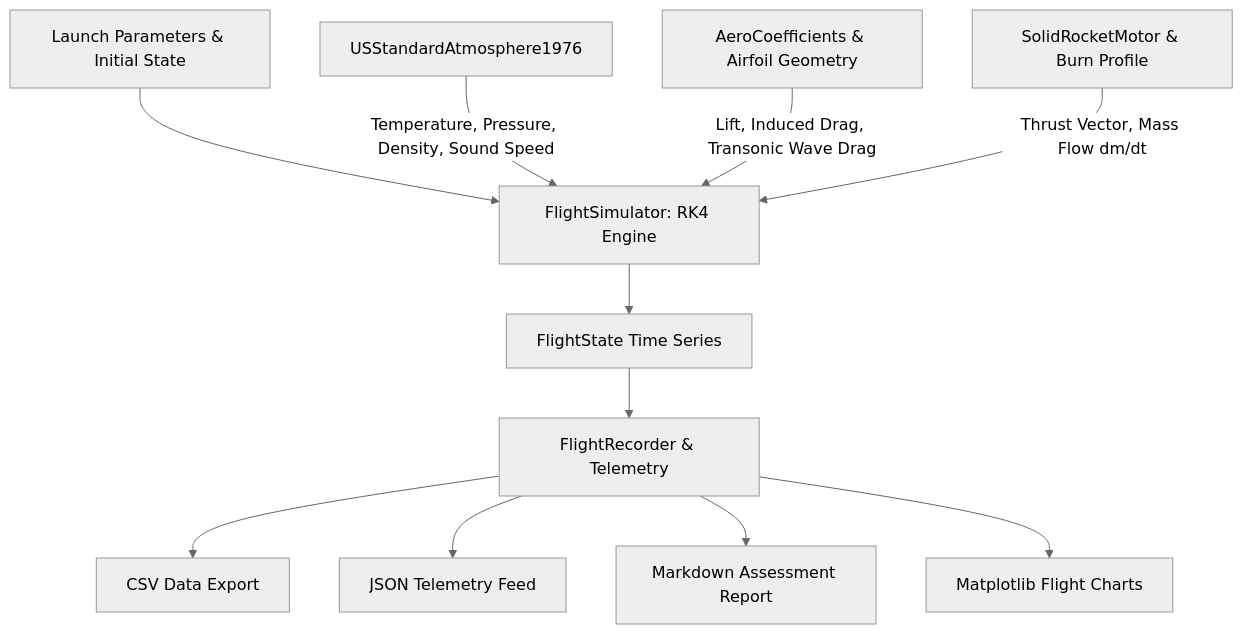
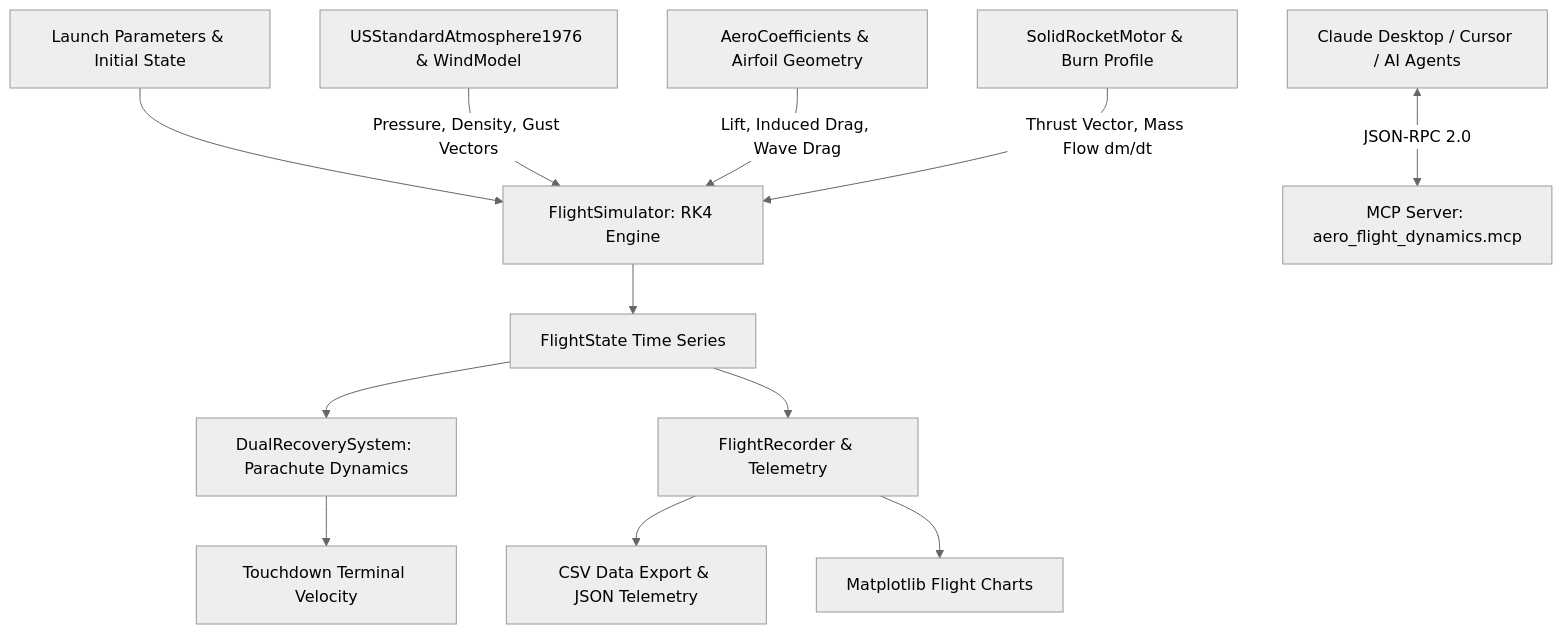
One commit to perfectalone375/aero-flight-dynamics changed the diagram in README.md. Above: the diagram before and after it, drawn with Mermaid (neutral theme). The commit also changed other lines of this file and 15 other files, not shown here.

Commit message:
feat(mcp): add Model Context Protocol server, parachute recovery subsystem, and wind shear models

````diff
--- a/README.md
+++ b/README.md
@@ -15,13 +16,14 @@
 ```mermaid
 graph TD
     A[Launch Parameters & Initial State] --> E[FlightSimulator: RK4 Engine]
-    B[USStandardAtmosphere1976] -->|Temperature, Pressure, Density, Sound Speed| E
-    C[AeroCoefficients & Airfoil Geometry] -->|Lift, Induced Drag, Transonic Wave Drag| E
+    B[USStandardAtmosphere1976 & WindModel] -->|Pressure, Density, Gust Vectors| E
+    C[AeroCoefficients & Airfoil Geometry] -->|Lift, Induced Drag, Wave Drag| E
     D[SolidRocketMotor & Burn Profile] -->|Thrust Vector, Mass Flow dm/dt| E
     E --> F[FlightState Time Series]
-    F --> G[FlightRecorder & Telemetry]
-    G --> H[CSV Data Export]
-    G --> I[JSON Telemetry Feed]
-    G --> J[Markdown Assessment Report]
-    G --> K[Matplotlib Flight Charts]
+    F --> G[DualRecoverySystem: Parachute Dynamics]
+    G --> H[Touchdown Terminal Velocity]
+    F --> I[FlightRecorder & Telemetry]
+    I --> J[CSV Data Export & JSON Telemetry]
+    I --> K[Matplotlib Flight Charts]
+    L[Claude Desktop / Cursor / AI Agents] <-->|JSON-RPC 2.0| M[MCP Server: aero_flight_dynamics.mcp]
 ```
````
